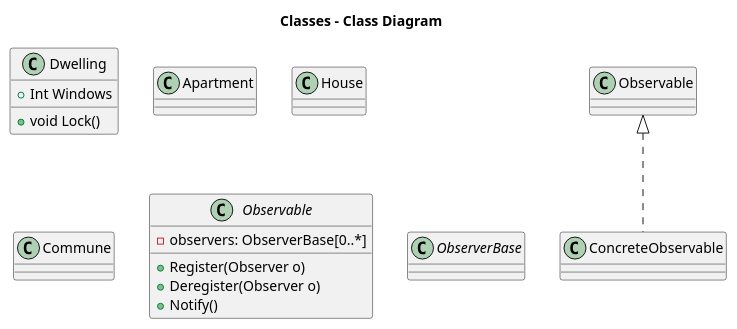
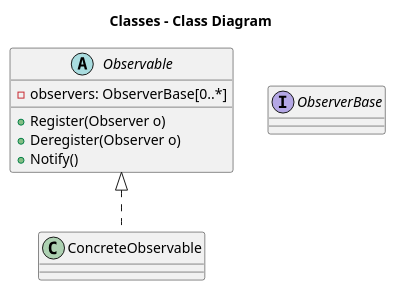
One commit to CAPeddle/particle_model changed the diagram in class diagram.plantuml. Above: the diagram before and after it, drawn with PlantUML.

Commit message:
Update class diagram.plantuml

```diff
--- a/class diagram.plantuml
+++ b/class diagram.plantuml
@@ -1,32 +1,24 @@
 @startuml
 
 title Classes - Class Diagram
 
-
-class Dwelling {
-  +Int Windows
-  +void Lock()
-}
-
-class Apartment
-class House
-class Commune
+abstract class Observable
 
 Observable <|.. ConcreteObservable
 
 
-class //Observable//{
+abstract class Observable{
  -observers: ObserverBase[0..*]
 
  +Register(Observer o)
  +Deregister(Observer o)
  +Notify()
 }
 
 class ConcreteObservable
 
 
-class //ObserverBase//
+interface ObserverBase
 
 
 @enduml
```
